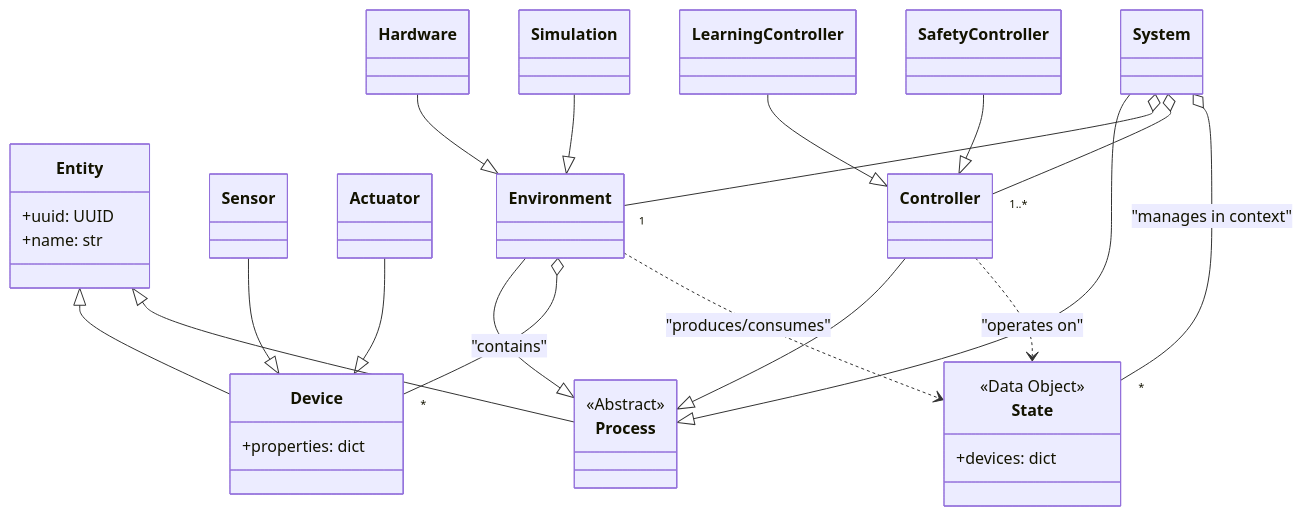
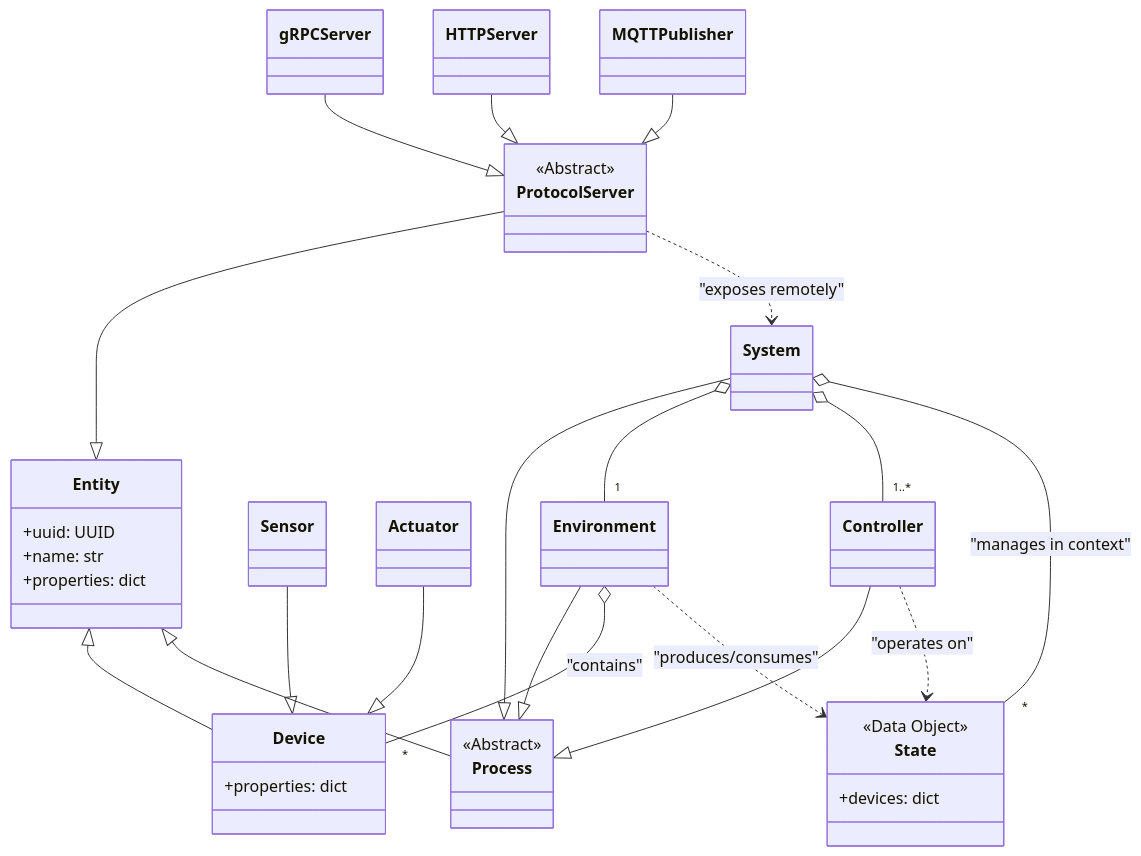
The second of 2 diagrams in doc/architecture.md (johnwbyrd/aifand), drawn with Mermaid before and after one commit. The commit also changed other lines of this file and 19 other files, not shown here.

Commit message:
Tons of ruff fixes Update architecture and plan

````diff
--- a/doc/architecture.md
+++ b/doc/architecture.md
@@ -89,45 +136,49 @@
 ```mermaid
 classDiagram
     class Entity {
         +uuid: UUID
         +name: str
+        +properties: dict
     }
     class Device {
         +properties: dict
     }
     class Sensor
     class Actuator
     class State {
         <<Data Object>>
         +devices: dict
     }
     class Process {
         <<Abstract>>
     }
     class Controller
     class Environment
     class System
-    class LearningController
-    class SafetyController
-    class Hardware
-    class Simulation
+    class ProtocolServer {
+        <<Abstract>>
+    }
+    class gRPCServer
+    class HTTPServer
+    class MQTTPublisher
 
     Entity <|-- Device
     Entity <|-- Process
     Sensor --|> Device
     Actuator --|> Device
     Controller --|> Process
     Environment --|> Process
     System --|> Process
-    LearningController --|> Controller
-    SafetyController --|> Controller
-    Hardware --|> Environment
-    Simulation --|> Environment
+    ProtocolServer --|> Entity
+    gRPCServer --|> ProtocolServer
+    HTTPServer --|> ProtocolServer
+    MQTTPublisher --|> ProtocolServer
 
     System o-- "1" Environment
     System o-- "1..*" Controller
     System o-- "*" State : "manages in context"
     Environment o-- "*" Device : "contains"
     Controller ..> State : "operates on"
     Environment ..> State : "produces/consumes"
+    ProtocolServer ..> System : "exposes remotely"
 ```
````
